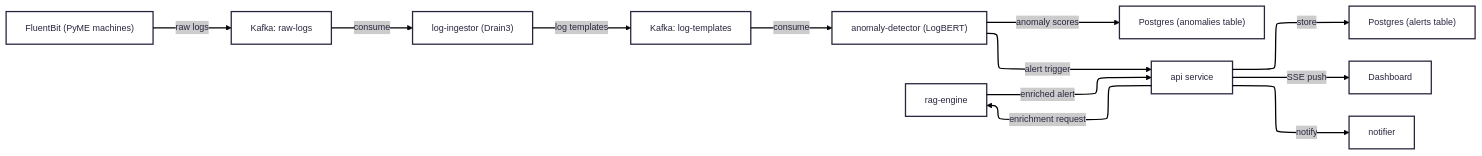
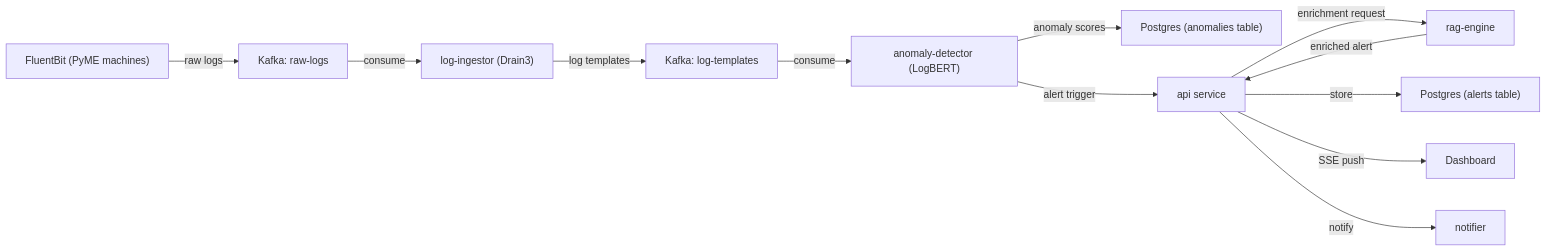
Before and after one commit to SerraFacundo/anomaly-watch: the second of 4 diagrams in ARCHITECTURE.md, drawn with Mermaid. The commit also changed other lines of this file and 1 other file, not shown here.

Commit message:
chore: remove redundant Mermaid configuration and update gitignore with impeccable skill files

````diff
--- a/ARCHITECTURE.md
+++ b/ARCHITECTURE.md
@@ -173,21 +166,14 @@
 ```mermaid
----
-config:
-  theme: redux
-  layout: elk
-  fontFamily: '''Open Sans Variable'', sans-serif'
-  look: classic
----
 flowchart LR
     FB["FluentBit (PyME machines)"] -->|raw logs| K1["Kafka: raw-logs"]
     K1 -->|consume| LI["log-ingestor (Drain3)"]
     LI -->|log templates| K2["Kafka: log-templates"]
     K2 -->|consume| AD["anomaly-detector (LogBERT)"]
     AD -->|anomaly scores| PG["Postgres (anomalies table)"]
     AD -->|alert trigger| API["api service"]
     API -->|enrichment request| RAG["rag-engine"]
     RAG -->|enriched alert| API
     API -->|store| PG2["Postgres (alerts table)"]
     API -->|SSE push| DASH["Dashboard"]
     API -->|notify| NOT["notifier"]
 ```
````
